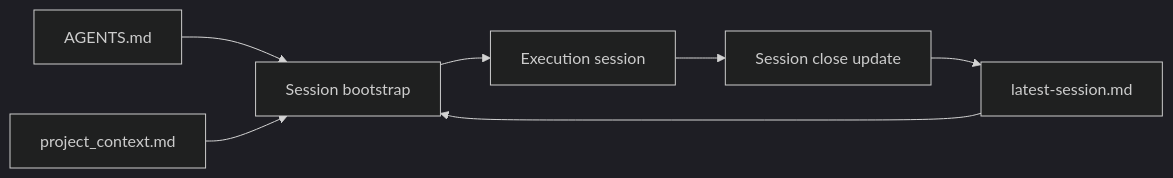
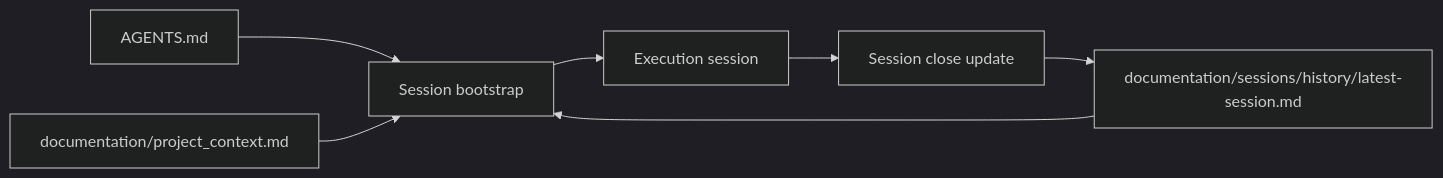
The diagram in documentation/operations/agent-memory-governance.md (maxd4/CleanmyMap), drawn with Mermaid (dark theme) before and after one commit. The commit also changed other lines of this file and 4 other files, not shown here.

````diff
--- a/documentation/operations/agent-memory-governance.md
+++ b/documentation/operations/agent-memory-governance.md
@@ -4,9 +4,9 @@
 ```mermaid
 flowchart LR
   A[AGENTS.md] --> C[Session bootstrap]
-  B[project_context.md] --> C
-  D[latest-session.md] --> C
+  B[documentation/project_context.md] --> C
+  D[documentation/sessions/history/latest-session.md] --> C
   C --> E[Execution session]
   E --> F[Session close update]
   F --> D
 ```
````
